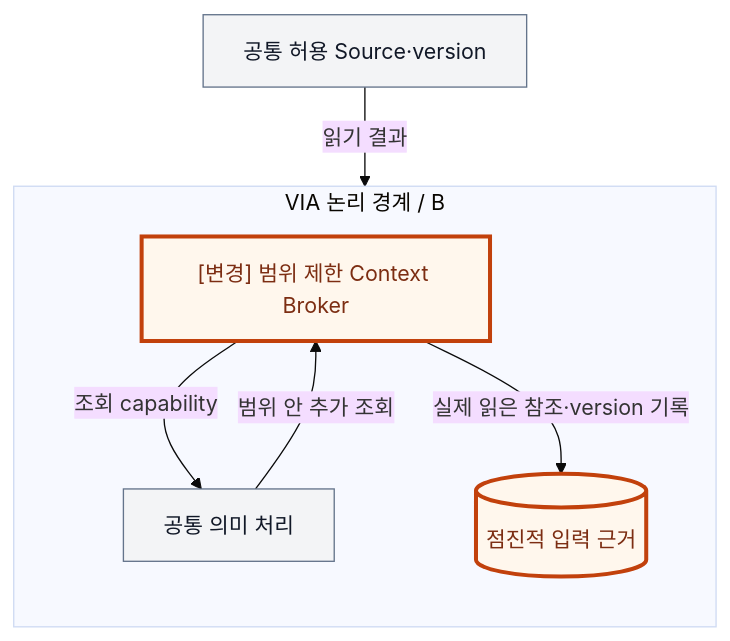
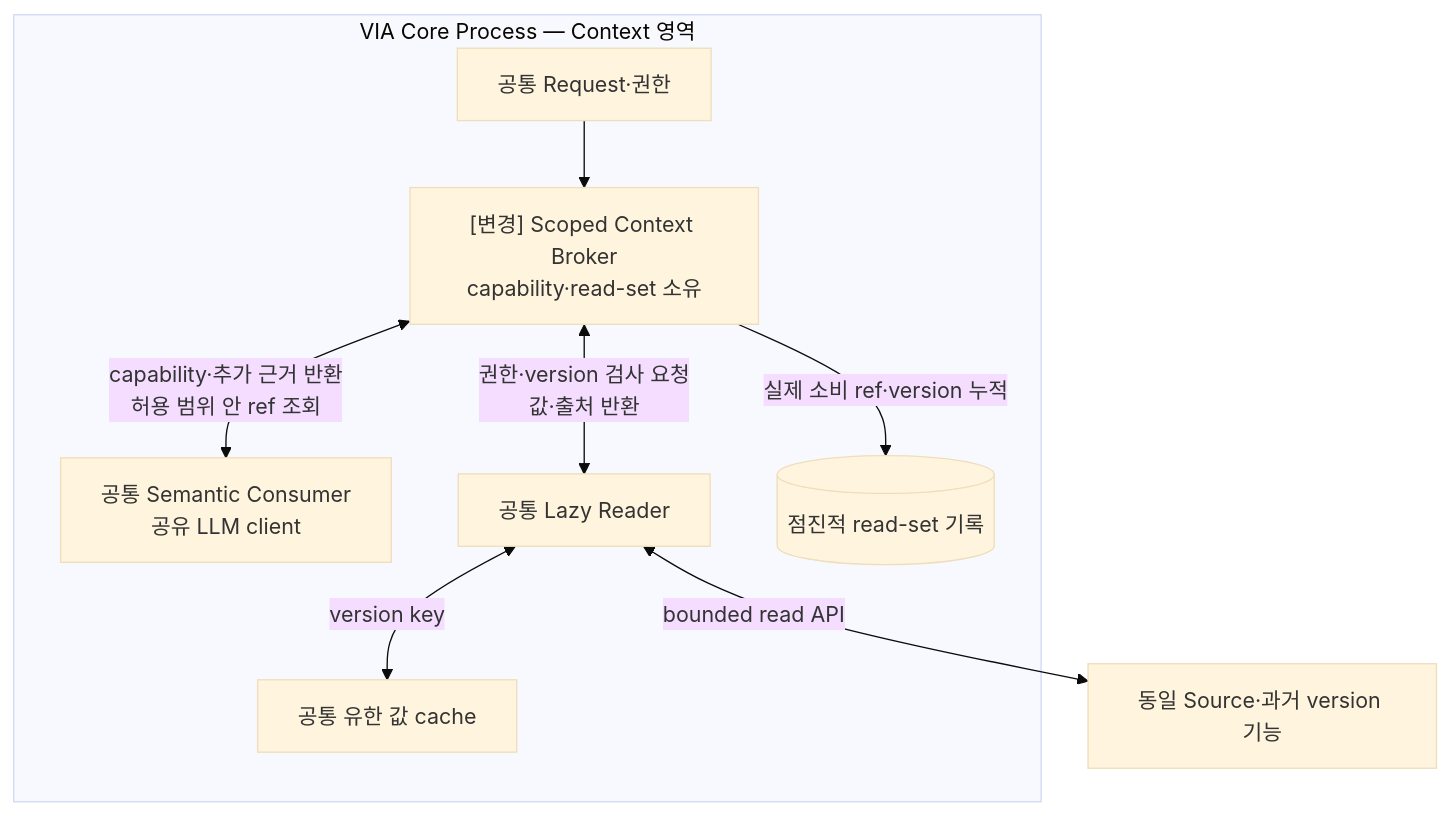
The third of 4 diagrams in docs/architecture/12-decisions/via-dp-05-context-contract.md (cbyche/via-sw-architecture), drawn with Mermaid (base theme) before and after one commit. The commit also changed other lines of this file and 59 other files, not shown here.

Commit message:
docs: consolidate comprehensive VIA decision inventory and implementation diagrams

````diff
--- a/docs/architecture/12-decisions/via-dp-05-context-contract.md
+++ b/docs/architecture/12-decisions/via-dp-05-context-contract.md
@@ -69,15 +81,11 @@
 ```mermaid
 flowchart TB
- S["공통 허용 Source·version"] -->|읽기 결과| B
- subgraph V["VIA 논리 경계 / B"]
- direction TB
- B["[변경] 범위 제한 Context Broker"] -->|조회 capability| C["공통 의미 처리"]
- C -->|범위 안 추가 조회| B
- B -->|실제 읽은 참조·version 기록| E[("점진적 입력 근거")]
+ subgraph V["VIA Core Process — Context 영역"]
+ R["공통 Request·권한"] --> B["[변경] Scoped Context Broker<br/>capability·read-set 소유"]
+ B <-->|"capability·추가 근거 반환<br/>허용 범위 안 ref 조회"| C["공통 Semantic Consumer<br/>공유 LLM client"]
+ B <-->|"권한·version 검사 요청<br/>값·출처 반환"| L["공통 Lazy Reader"]
+ L <-->|"version key"| K["공통 유한 값 cache"]
+ B -->|"실제 소비 ref·version 누적"| E[("점진적 read-set 기록")]
  end
-
-classDef common fill:#F3F4F6,stroke:#64748B,color:#111827;
-classDef change fill:#FFF7ED,stroke:#C2410C,stroke-width:3px,color:#7C2D12;
-class S,C common;
-class B,E change;
+ L <-->|"bounded read API"| S["동일 Source·과거 version 기능"]
 ```
````
